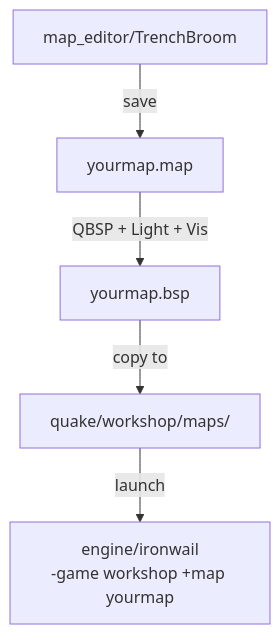
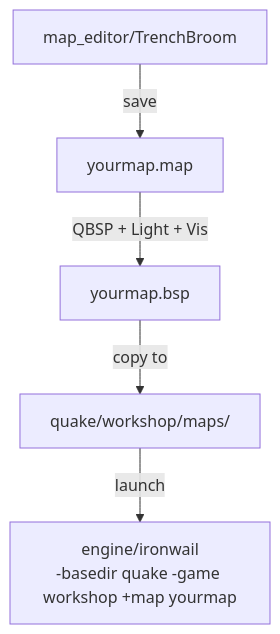
One commit to etna-alternance/workshop-vrg changed the diagram in guides/presentation/README.md. Above: the diagram before and after it, drawn with Mermaid. The commit also changed other lines of this file and 6 other files, not shown here.

Commit message:
fix: add -basedir quake to all Ironwail launch commands

````diff
--- a/guides/presentation/README.md
+++ b/guides/presentation/README.md
@@ -16,7 +16,7 @@
 ```mermaid
 flowchart TD
     A["map_editor/TrenchBroom"] -->|save| B["yourmap.map"]
     B -->|QBSP + Light + Vis| C["yourmap.bsp"]
     C -->|copy to| D["quake/workshop/maps/"]
-    D -->|launch| E["engine/ironwail<br/>-game workshop +map yourmap"]
+    D -->|launch| E["engine/ironwail<br/>-basedir quake -game workshop +map yourmap"]
 ```
````
